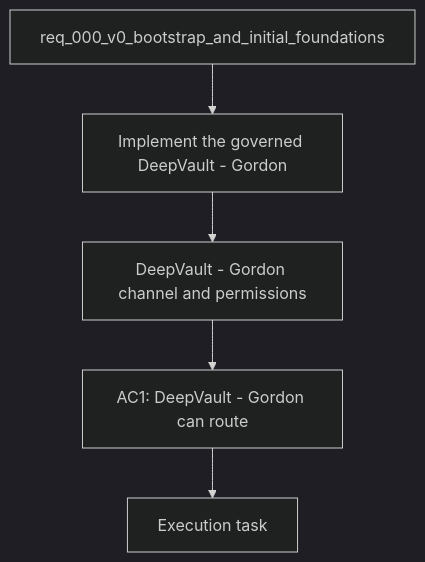
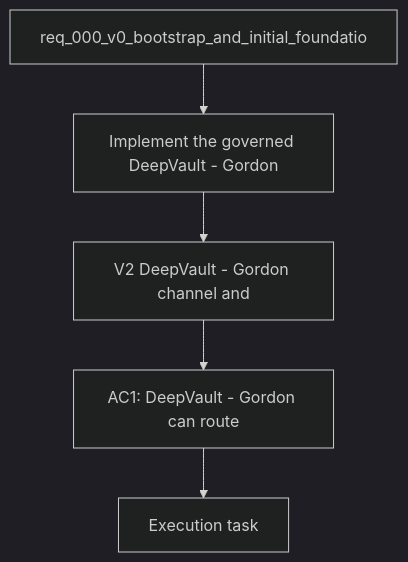
One commit to AlexAgo83/deepvault changed the diagram in logics/backlog/item_012_v2_teams_bot_channel_and_permissions.md. Above: the diagram before and after it, drawn with Mermaid (dark theme). The commit also changed 28 other files, not shown here.

````diff
--- a/logics/backlog/item_012_v2_teams_bot_channel_and_permissions.md
+++ b/logics/backlog/item_012_v2_teams_bot_channel_and_permissions.md
@@ -23,9 +23,9 @@
 ```mermaid
 %% logics-kind: backlog
 %% logics-signature: backlog|v2-deepvault-gordon-channel-and-permissi|req-000-v0-bootstrap-and-initial-foundat|implement-the-governed-deepvault-gordon|ac1-deepvault-gordon-can-route
 flowchart TD
-    Request[req_000_v0_bootstrap_and_initial_foundations] --> Problem[Implement the governed DeepVault - Gordon]
-    Problem --> Scope[DeepVault - Gordon channel and permissions]
+    Request[req_000_v0_bootstrap_and_initial_foundatio] --> Problem[Implement the governed DeepVault - Gordon]
+    Problem --> Scope[V2 DeepVault - Gordon channel and]
     Scope --> Acceptance[AC1: DeepVault - Gordon can route]
     Acceptance --> Tasks[Execution task]
 ```
````
